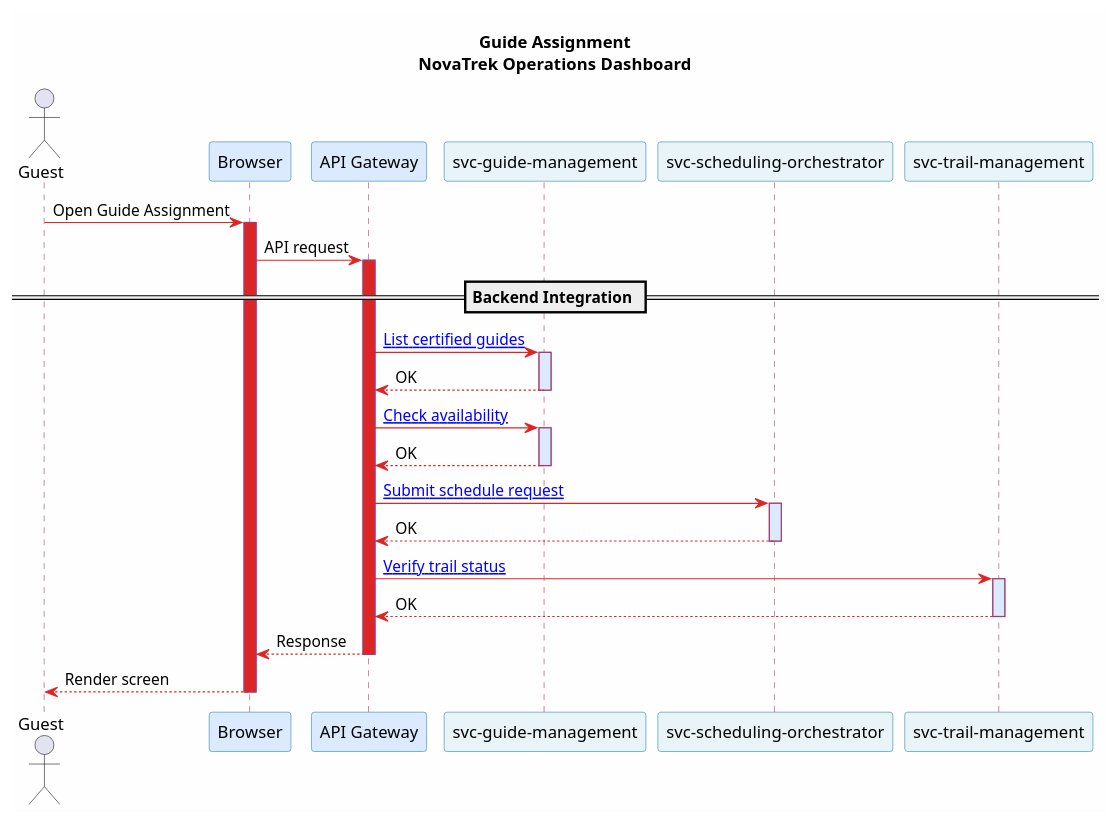
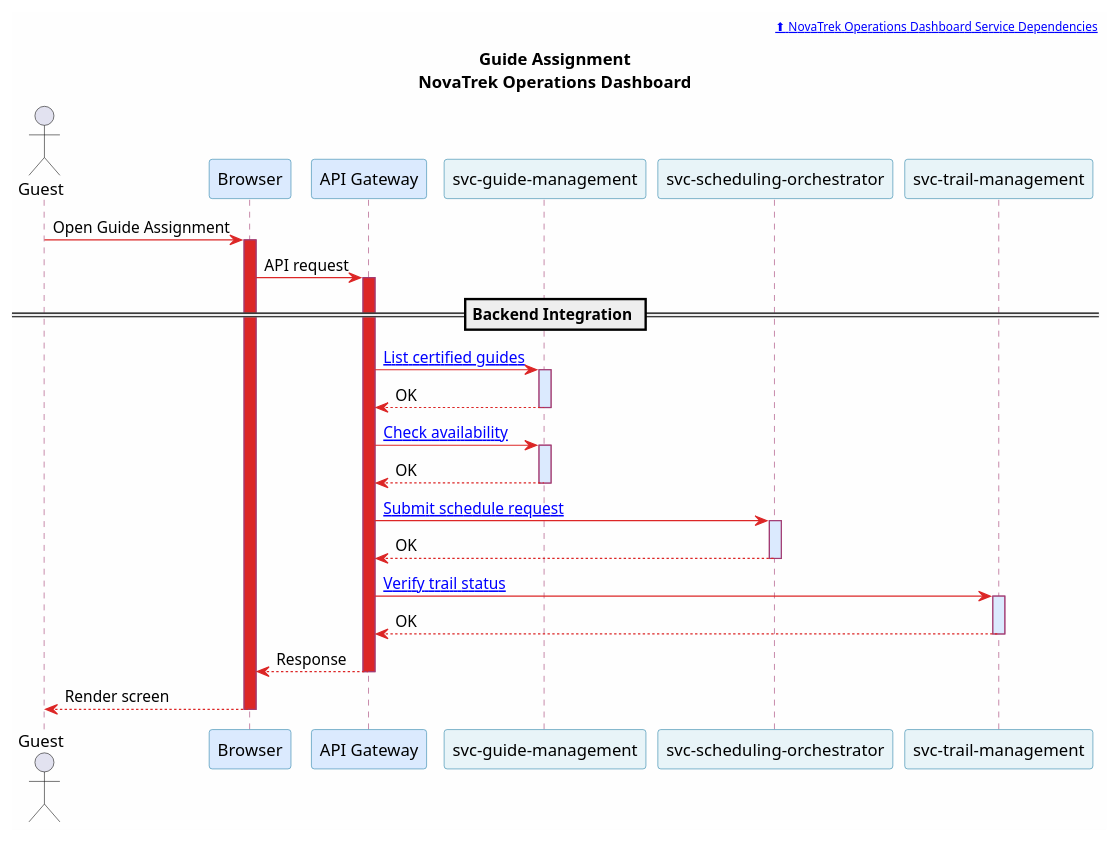
The diagram in portal/docs/applications/puml/web-ops-dashboard--guide-assignment.puml (christopherblaisdell/continuous-architecture-platform-poc), drawn with PlantUML before and after one commit. The commit also changed 733 other files, not shown here.

First line of the commit message:
Deployed. Every diagram now has a clickable ⬆ parent breadcrumb in the header. The full navigation chain:

```diff
--- a/portal/docs/applications/puml/web-ops-dashboard--guide-assignment.puml
+++ b/portal/docs/applications/puml/web-ops-dashboard--guide-assignment.puml
@@ -1,58 +1,60 @@
 @startuml web-ops-dashboard--guide-assignment
 
 skinparam backgroundColor #FEFEFE
 skinparam shadowing false
 skinparam defaultFontName "Segoe UI"
 skinparam sequence {
     ArrowColor #dc2626
     ParticipantBorderColor #2E86AB
     ParticipantBackgroundColor #E8F4F8
     LifeLineBorderColor #A23B72
     BoxBorderColor #F18F01
     BoxBackgroundColor #FFF8F0
     NoteBorderColor #c77b30
     NoteBackgroundColor #FEF3E7
 }
+
+header [[/applications/web-ops-dashboard/#service-dependencies ⬆ NovaTrek Operations Dashboard Service Dependencies]]
 
 title Guide Assignment\nNovaTrek Operations Dashboard
 
 actor "Guest" as User
 participant "Browser" as App #DBEAFE
 participant "API Gateway" as GW #DBEAFE
 participant "svc-guide-management" as GM [[/microservices/svc-guide-management/]] #E8F4F8
 participant "svc-scheduling-orchestrator" as SO [[/microservices/svc-scheduling-orchestrator/]] #E8F4F8
 participant "svc-trail-management" as TM [[/microservices/svc-trail-management/]] #E8F4F8
 
 User -> App : Open Guide Assignment
 activate App #dc2626
 App -> GW : API request
 activate GW #dc2626
 
 == Backend Integration ==
 
 GW -> GM : [[/microservices/svc-guide-management/#get-guides-search-guides-with-filters List certified guides]]
 activate GM #DBEAFE
 GM --> GW : OK
 deactivate GM
 
 GW -> GM : [[/microservices/svc-guide-management/#get-guidesguide_idavailability-get-guide-availability-windows Check availability]]
 activate GM #DBEAFE
 GM --> GW : OK
 deactivate GM
 
 GW -> SO : [[/microservices/svc-scheduling-orchestrator/#post-schedule-requests-request-optimal-schedule-for-a-trip Submit schedule request]]
 activate SO #DBEAFE
 SO --> GW : OK
 deactivate SO
 
 GW -> TM : [[/microservices/svc-trail-management/#get-trailstrail_id-get-trail-details Verify trail status]]
 activate TM #DBEAFE
 TM --> GW : OK
 deactivate TM
 
 GW --> App : Response
 deactivate GW
 App --> User : Render screen
 deactivate App
 
 @enduml
```
